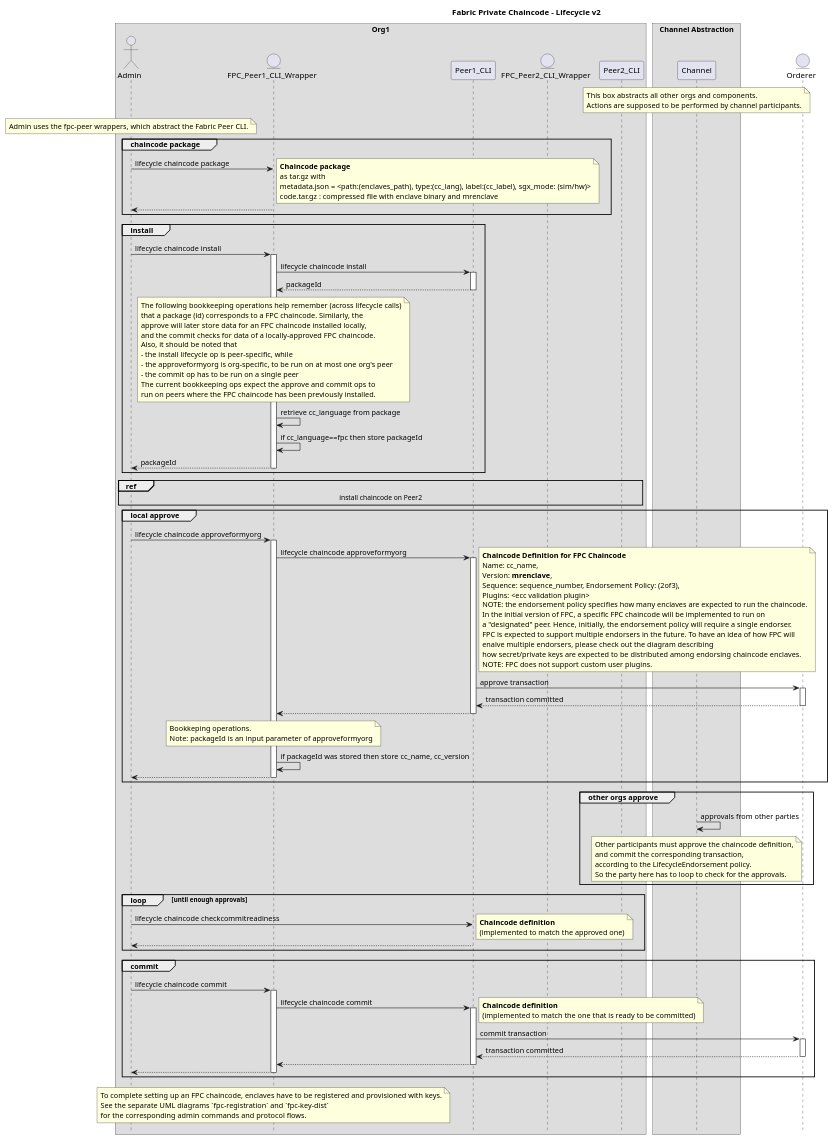
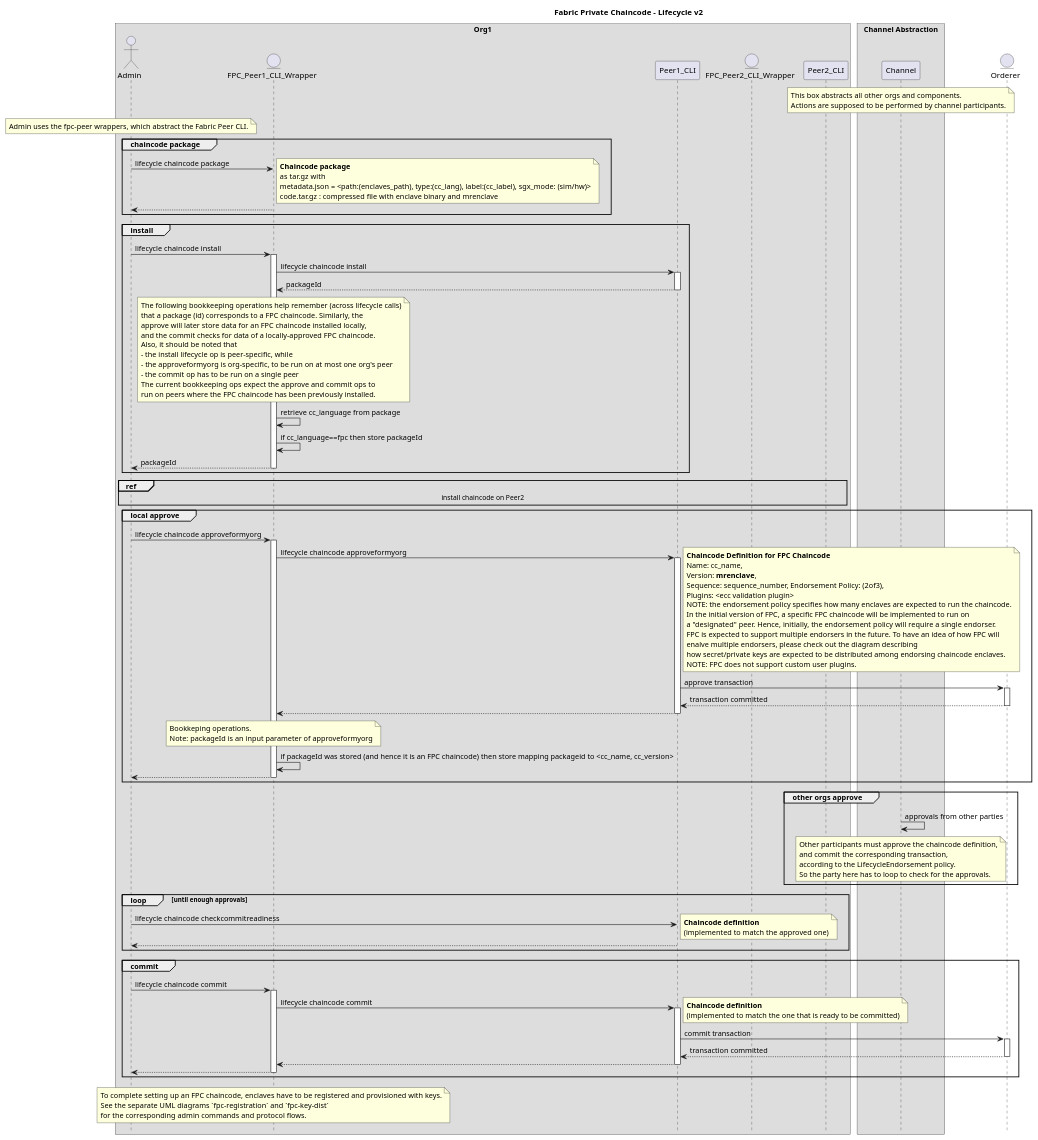
The diagram in docs/design/fabric-v2+/fpc-lifecycle-v2.puml (hyperledger/fabric-private-chaincode), drawn with PlantUML before and after one commit.

```diff
--- a/docs/design/fabric-v2+/fpc-lifecycle-v2.puml
+++ b/docs/design/fabric-v2+/fpc-lifecycle-v2.puml
@@ -8,133 +8,133 @@
 @startuml
 
 !pragma teoz true
 
 hide footbox
 title Foot Box removed
 
 title Fabric Private Chaincode - Lifecycle v2
 
 box "Org1"
 actor	Admin order 10
 entity "FPC_Peer1_CLI_Wrapper" as FPC_Peer1_CLI_Wrapper order 15
 participant Peer1_CLI order 20
 entity "FPC_Peer2_CLI_Wrapper" as FPC_Peer2_CLI_Wrapper order 30
 participant Peer2_CLI order 40
 end box
 
 box "Channel Abstraction"
 participant Channel order 70
 note over Channel
     This box abstracts all other orgs and components.
     Actions are supposed to be performed by channel participants.
 end note
 end box
 
 entity Orderer order 80
 
 note over Admin
     Admin uses the fpc-peer wrappers, which abstract the Fabric Peer CLI.
 end note
 
 group chaincode package
 Admin -> FPC_Peer1_CLI_Wrapper : lifecycle chaincode package
 note right
     **Chaincode package**
     as tar.gz with
     metadata.json = <path:(enclaves_path), type:(cc_lang), label:(cc_label), sgx_mode: (sim/hw)>
     code.tar.gz : compressed file with enclave binary and mrenclave
 end note
 return
 end /' group chaincode package '/
 
 group install
 Admin -> FPC_Peer1_CLI_Wrapper ++: lifecycle chaincode install
 FPC_Peer1_CLI_Wrapper -> Peer1_CLI ++: lifecycle chaincode install
 return packageId
 note over FPC_Peer1_CLI_Wrapper
     The following bookkeeping operations help remember (across lifecycle calls)
     that a package (id) corresponds to a FPC chaincode. Similarly, the
     approve will later store data for an FPC chaincode installed locally,
     and the commit checks for data of a locally-approved FPC chaincode.
     Also, it should be noted that
     - the install lifecycle op is peer-specific, while
     - the approveformyorg is org-specific, to be run on at most one org's peer
     - the commit op has to be run on a single peer
     The current bookkeeping ops expect the approve and commit ops to
     run on peers where the FPC chaincode has been previously installed.
 end note
 FPC_Peer1_CLI_Wrapper -> FPC_Peer1_CLI_Wrapper : retrieve cc_language from package
 FPC_Peer1_CLI_Wrapper -> FPC_Peer1_CLI_Wrapper : if cc_language==fpc then store packageId
 return packageId /' Admin -> FPC_Peer1_CLI_Wrapper '/
 end /' group install '/
 
 ref over Admin, FPC_Peer2_CLI_Wrapper, Peer2_CLI
     install chaincode on Peer2
 end /' ref '/
 
 group local approve
 Admin -> FPC_Peer1_CLI_Wrapper ++: lifecycle chaincode approveformyorg
 FPC_Peer1_CLI_Wrapper -> Peer1_CLI ++: lifecycle chaincode approveformyorg
 note right
     **Chaincode Definition for FPC Chaincode**
     Name: cc_name,
     Version: **mrenclave**,
     Sequence: sequence_number, Endorsement Policy: (2of3),
     Plugins: <ecc validation plugin>
     NOTE: the endorsement policy specifies how many enclaves are expected to run the chaincode.
     In the initial version of FPC, a specific FPC chaincode will be implemented to run on
     a "designated" peer. Hence, initially, the endorsement policy will require a single endorser.
     FPC is expected to support multiple endorsers in the future. To have an idea of how FPC will
     enalve multiple endorsers, please check out the diagram describing
     how secret/private keys are expected to be distributed among endorsing chaincode enclaves.
     NOTE: FPC does not support custom user plugins.
 end note
 Peer1_CLI -> Orderer ++: approve transaction
 return transaction committed /' Peer1_CLI -> Orderer '/
 return /' FPC_Peer1_CLI_Wrapper -> Peer1_CLI '/
 note over FPC_Peer1_CLI_Wrapper
     Bookkeping operations.
     Note: packageId is an input parameter of approveformyorg
 end note
-FPC_Peer1_CLI_Wrapper -> FPC_Peer1_CLI_Wrapper : if packageId was stored then store cc_name, cc_version
+FPC_Peer1_CLI_Wrapper -> FPC_Peer1_CLI_Wrapper : if packageId was stored (and hence it is an FPC chaincode) then store mapping packageid to <cc_name, cc_version>
 return /' Admin -> FPC_Peer1_CLI_Wrapper '/
 end /' group approve '/
 
 group other orgs approve
 Channel -> Channel : approvals from other parties
 note over Channel
     Other participants must approve the chaincode definition,
     and commit the corresponding transaction,
     according to the LifecycleEndorsement policy.
     So the party here has to loop to check for the approvals.
 end note
 end group 'other orgs approve'
 
 
 loop until enough approvals
 	Admin -> Peer1_CLI : lifecycle chaincode checkcommitreadiness
 note right
     **Chaincode definition**
     (implemented to match the approved one)
 end note
     return
 end
 
 group commit
 Admin -> FPC_Peer1_CLI_Wrapper ++:lifecycle chaincode commit
 FPC_Peer1_CLI_Wrapper -> Peer1_CLI ++: lifecycle chaincode commit
 note right
     **Chaincode definition**
     (implemented to match the one that is ready to be committed)
 end note
 Peer1_CLI -> Orderer ++: commit transaction
 return transaction committed /' Peer1_CLI -> Orderer '/
 return /' FPC_Peer1_CLI_Wrapper -> Peer1_CLI '/
 return /' Admin -> FPC_Peer1_CLI_Wrapper '/
 end /' group commit '/
 note over FPC_Peer1_CLI_Wrapper
     To complete setting up an FPC chaincode, enclaves have to be registered and provisioned with keys.
     See the separate UML diagrams `fpc-registration` and `fpc-key-dist`
     for the corresponding admin commands and protocol flows.
 end note
 @enduml
```
